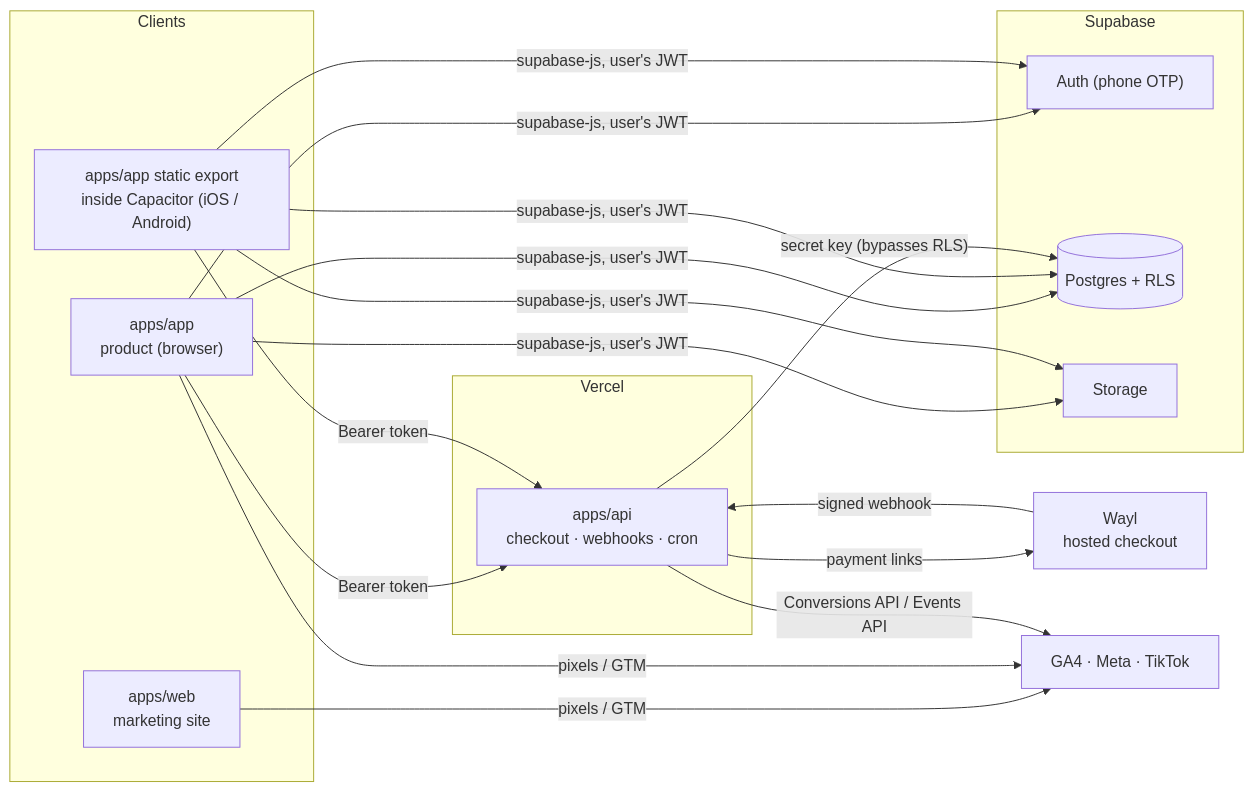
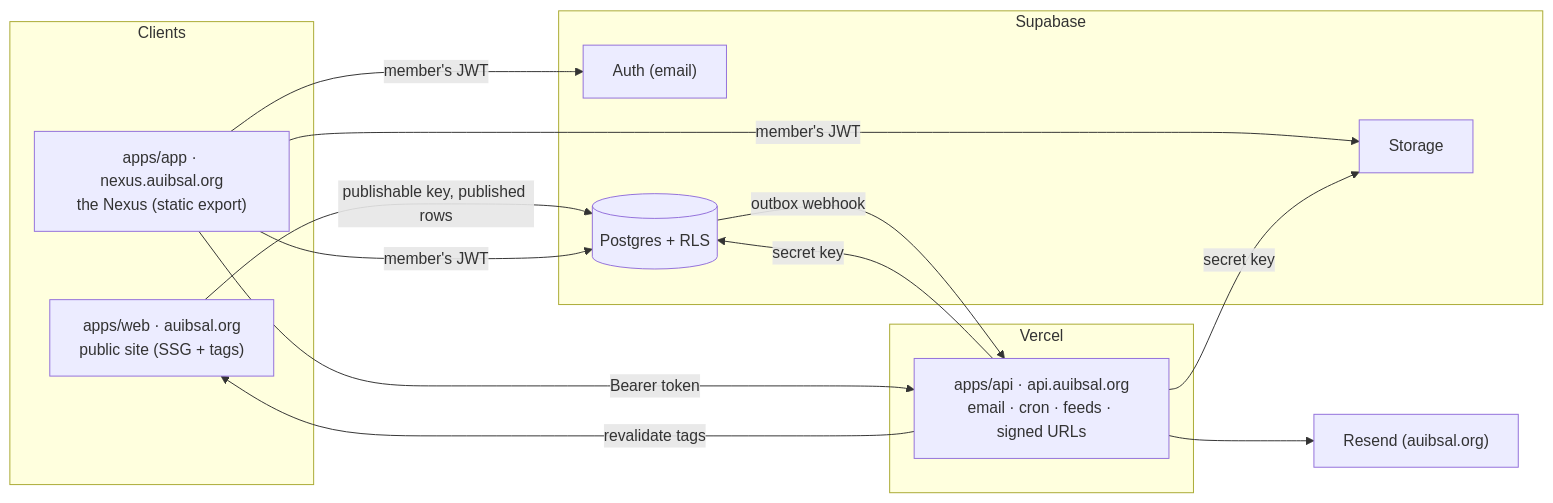
Before and after one commit to auibsal/mono: the diagram in ARCHITECTURE_AND_INTEGRATIONS.md, drawn with Mermaid. The commit also changed other lines of this file and 9 other files, not shown here.

First line of the commit message:
Document SAL: AGENTS.md rules, README, architecture guide, PROGRESS.md

````diff
--- a/ARCHITECTURE_AND_INTEGRATIONS.md
+++ b/ARCHITECTURE_AND_INTEGRATIONS.md
@@ -24,26 +8,24 @@
 ```mermaid
 flowchart LR
   subgraph Clients
-    W["apps/web<br/>marketing site"]
-    A["apps/app<br/>product (browser)"]
-    N["apps/app static export<br/>inside Capacitor (iOS / Android)"]
+    W["apps/web · auibsal.org<br/>public site (SSG + tags)"]
+    A["apps/app · nexus.auibsal.org<br/>the Nexus (static export)"]
   end
-  subgraph Server["Vercel"]
-    API["apps/api<br/>checkout · webhooks · cron"]
+  subgraph Vercel
+    API["apps/api · api.auibsal.org<br/>email · cron · feeds · signed URLs"]
   end
   subgraph Supabase
-    AUTH["Auth (phone OTP)"]
+    AUTH["Auth (email)"]
     DB[("Postgres + RLS")]
     ST["Storage"]
   end
-  WAYL["Wayl<br/>hosted checkout"]
-  ADS["GA4 · Meta · TikTok"]
+  RESEND["Resend (auibsal.org)"]
 
-  A & N -- "supabase-js, user's JWT" --> AUTH & DB & ST
-  A & N -- "Bearer token" --> API
-  API -- "secret key (bypasses RLS)" --> DB
-  API -- "payment links" --> WAYL
-  WAYL -- "signed webhook" --> API
-  W & A -- "pixels / GTM" --> ADS
-  API -- "Conversions API / Events API" --> ADS
+  W -- "publishable key, published rows" --> DB
+  A -- "member's JWT" --> AUTH & DB & ST
+  A -- "Bearer token" --> API
+  API -- "secret key" --> DB & ST
+  DB -- "outbox webhook" --> API
+  API -- "revalidate tags" --> W
+  API --> RESEND
 ```
````
